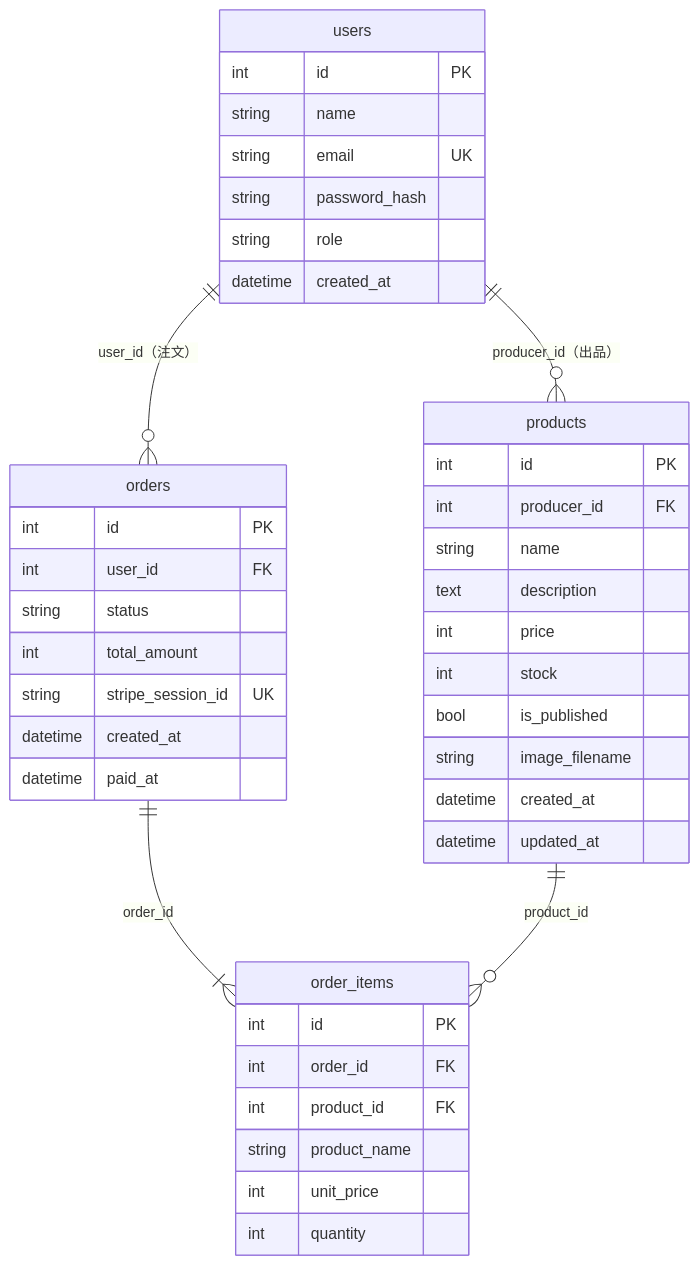
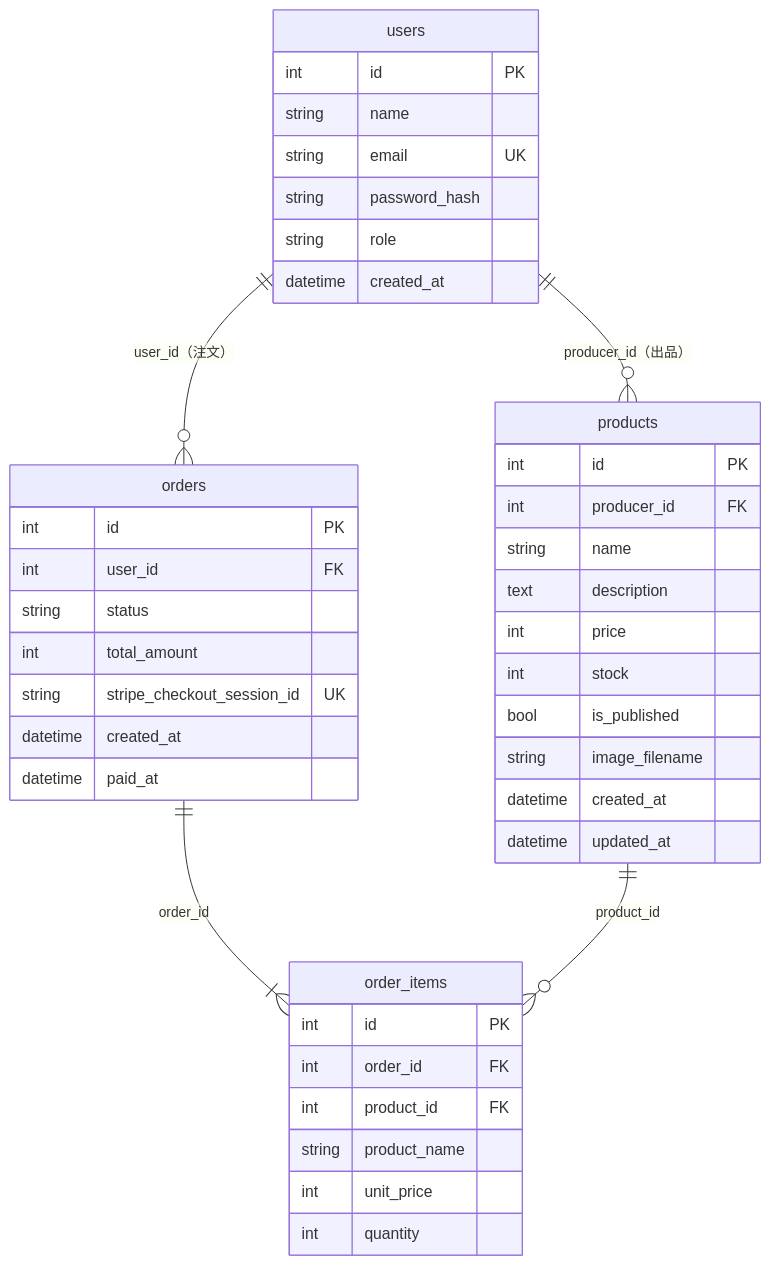
Before and after one commit to Fuuta702/marche-app: the diagram in docs/design/database.md, drawn with Mermaid. The commit also changed other lines of this file and 9 other files, not shown here.

````diff
--- a/docs/design/database.md
+++ b/docs/design/database.md
@@ -7,45 +7,45 @@
 ```mermaid
 erDiagram
     users ||--o{ products : "producer_id（出品）"
     users ||--o{ orders : "user_id（注文）"
     orders ||--|{ order_items : "order_id"
     products ||--o{ order_items : "product_id"
 
     users {
         int id PK
         string name
         string email UK
         string password_hash
         string role
         datetime created_at
     }
     products {
         int id PK
         int producer_id FK
         string name
         text description
         int price
         int stock
         bool is_published
         string image_filename
         datetime created_at
         datetime updated_at
     }
     orders {
         int id PK
         int user_id FK
         string status
         int total_amount
-        string stripe_session_id UK
+        string stripe_checkout_session_id UK
         datetime created_at
         datetime paid_at
     }
     order_items {
         int id PK
         int order_id FK
         int product_id FK
         string product_name
         int unit_price
         int quantity
     }
 ```
````
